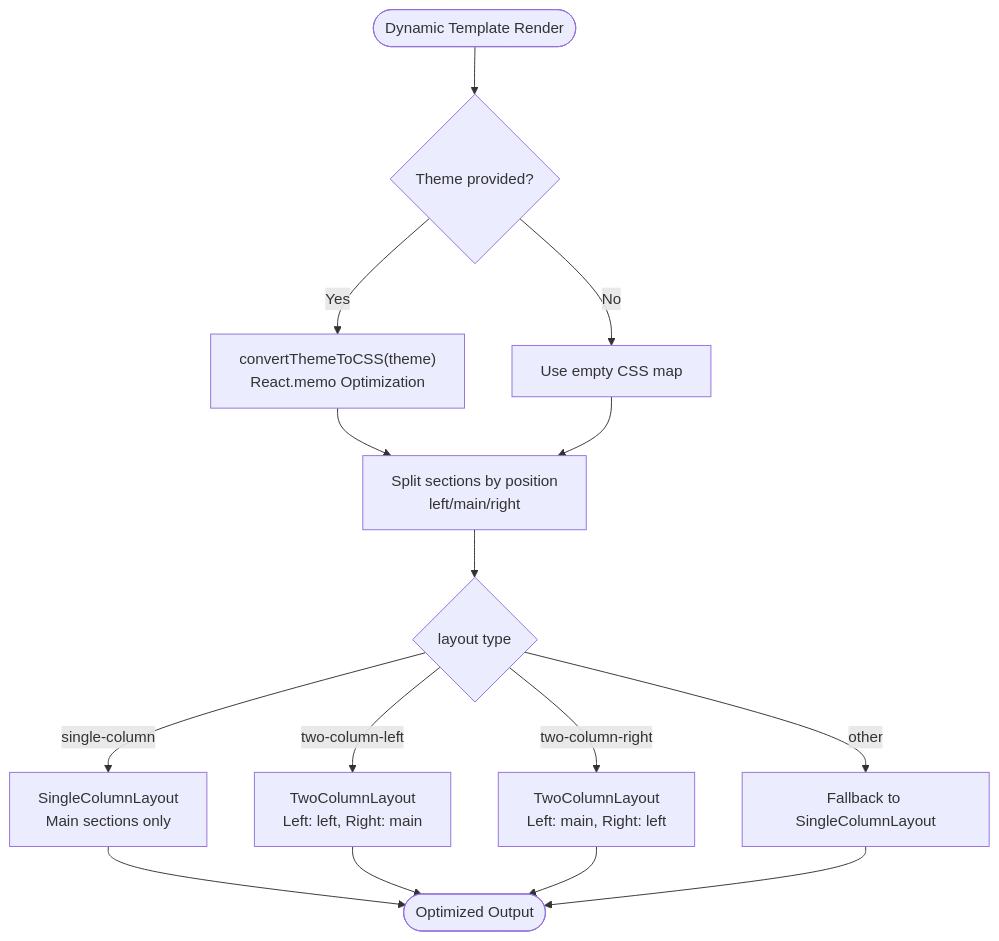
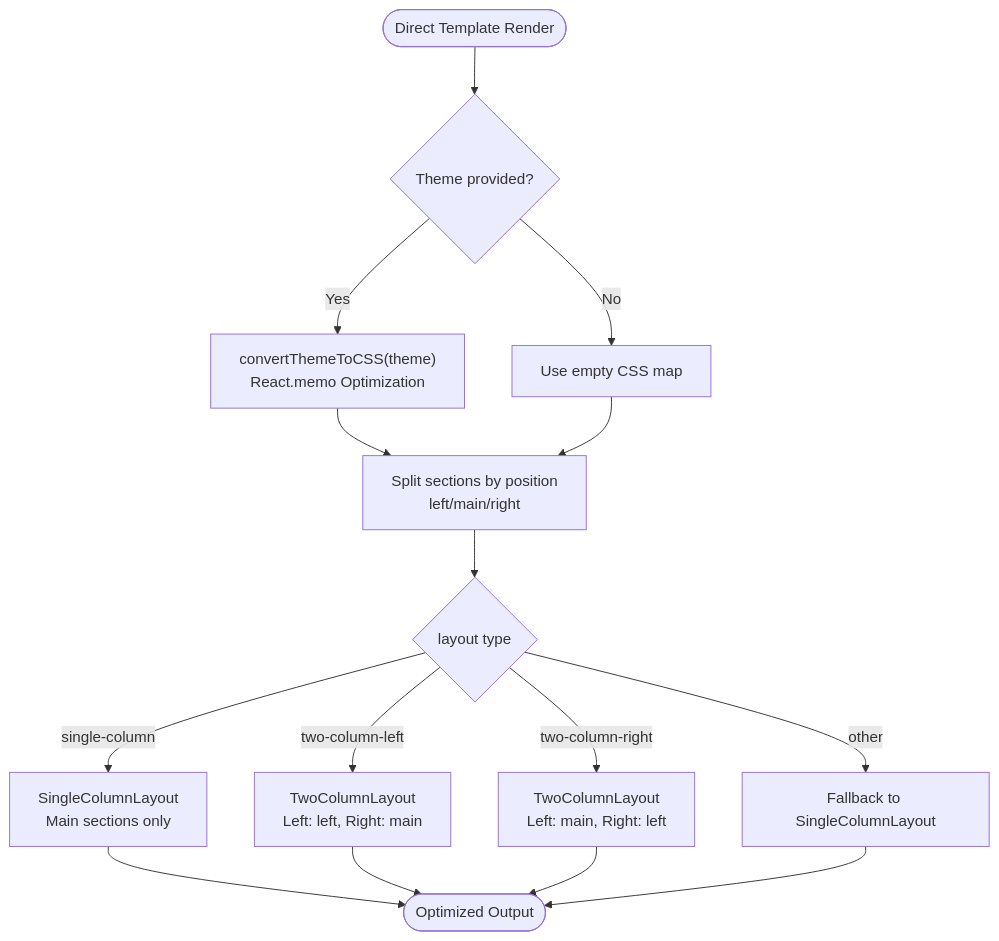
Before and after one commit to DoVuDung/cv-portfolio-builder: the third of 6 diagrams in .qoder/repowiki/en/content/Template Engine/Template Engine.md, drawn with Mermaid. The commit also changed other lines of this file and 6 other files, not shown here.

````diff
--- a/.qoder/repowiki/en/content/Template Engine/Template Engine.md
+++ b/.qoder/repowiki/en/content/Template Engine/Template Engine.md
@@ -205,17 +200,17 @@
 ```mermaid
 flowchart TD
-Start(["Dynamic Template Render"]) --> HasTheme{"Theme provided?"}
+Start(["Direct Template Render"]) --> HasTheme{"Theme provided?"}
 HasTheme --> |Yes| ToCSS["convertThemeToCSS(theme)<br/>React.memo Optimization"]
 HasTheme --> |No| SkipCSS["Use empty CSS map"]
 ToCSS --> Split["Split sections by position<br/>left/main/right"]
 SkipCSS --> Split
 Split --> Choose{"layout type"}
 Choose --> |single-column| SC["SingleColumnLayout<br/>Main sections only"]
 Choose --> |two-column-left| TC1["TwoColumnLayout<br/>Left: left, Right: main"]
 Choose --> |two-column-right| TC2["TwoColumnLayout<br/>Left: main, Right: left"]
 Choose --> |other| Fallback["Fallback to SingleColumnLayout"]
 SC --> End(["Optimized Output"])
 TC1 --> End
 TC2 --> End
 Fallback --> End
 ```
````
